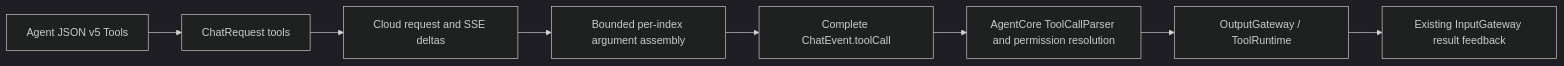
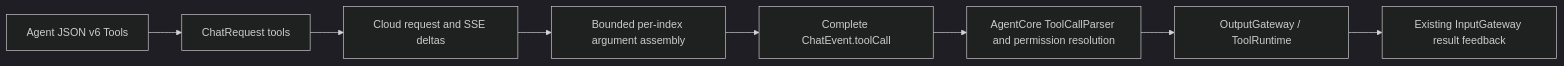
One commit to devilyouwei/MobileHarness changed the second of 2 diagrams in MobileHarness/ModelKit/Language/LLM/OpenAI/README.md. Above: the diagram before and after it, drawn with Mermaid (dark theme). The commit also changed other lines of this file and 238 other files, not shown here.

````diff
--- a/MobileHarness/ModelKit/Language/LLM/OpenAI/README.md
+++ b/MobileHarness/ModelKit/Language/LLM/OpenAI/README.md
@@ -54,10 +54,10 @@
 ```mermaid
 flowchart LR
-    JSON[Agent JSON v5 Tools] --> Request[ChatRequest tools]
+    JSON[Agent JSON v6 Tools] --> Request[ChatRequest tools]
     Request --> Cloud[Cloud request and SSE deltas]
     Cloud --> Join[Bounded per-index argument assembly]
     Join --> Call[Complete ChatEvent.toolCall]
     Call --> Resolve[AgentCore ToolCallParser and permission resolution]
     Resolve --> Gateway[OutputGateway / ToolRuntime]
     Gateway --> Result[Existing InputGateway result feedback]
 ```
````
